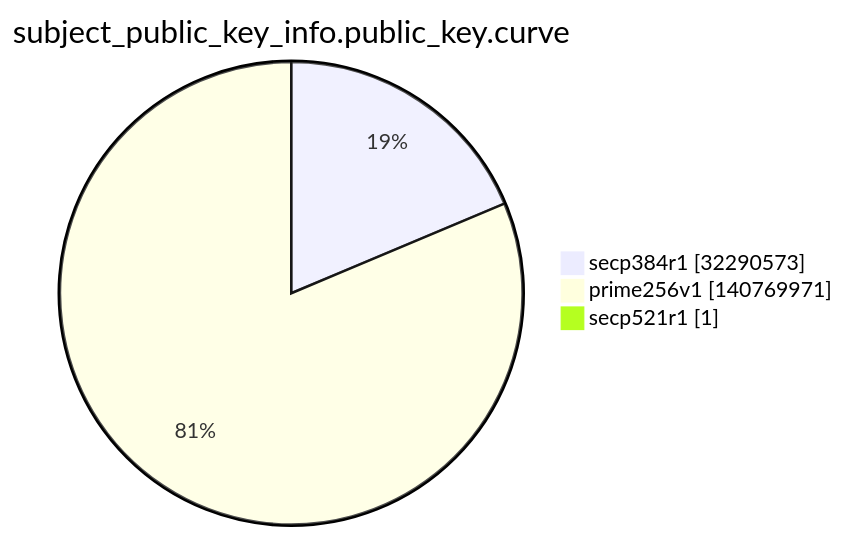
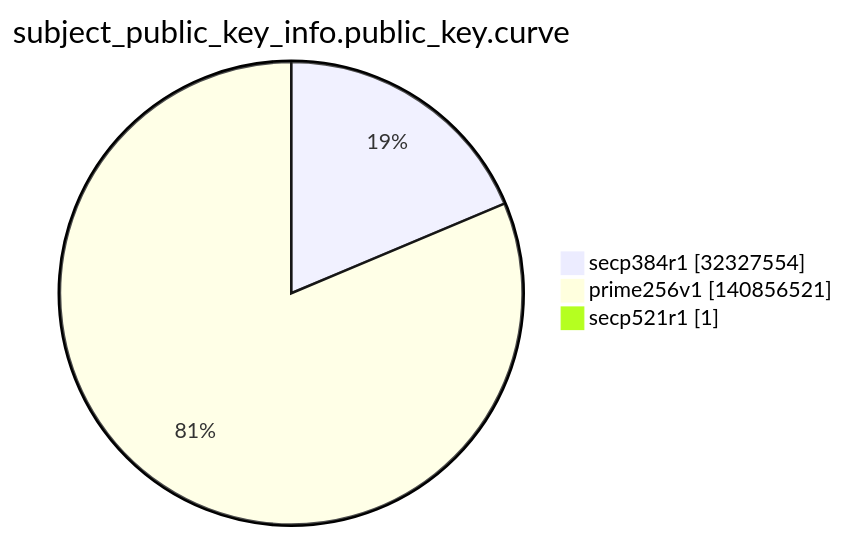
One commit to christiankrug/ctmonitor_visualization changed the ninth of 15 diagrams in argon2022/README.md. Above: the diagram before and after it, drawn with Mermaid. The commit also changed other lines of this file, not shown here.

````diff
--- a/argon2022/README.md
+++ b/argon2022/README.md
@@ -2762,7 +2762,7 @@
 ```mermaid
 pie showData
 title subject_public_key_info.public_key.curve
-"secp384r1" :32290573
-"prime256v1" :140769971
+"secp384r1" :32327554
+"prime256v1" :140856521
 "secp521r1" :1
 ```
````
